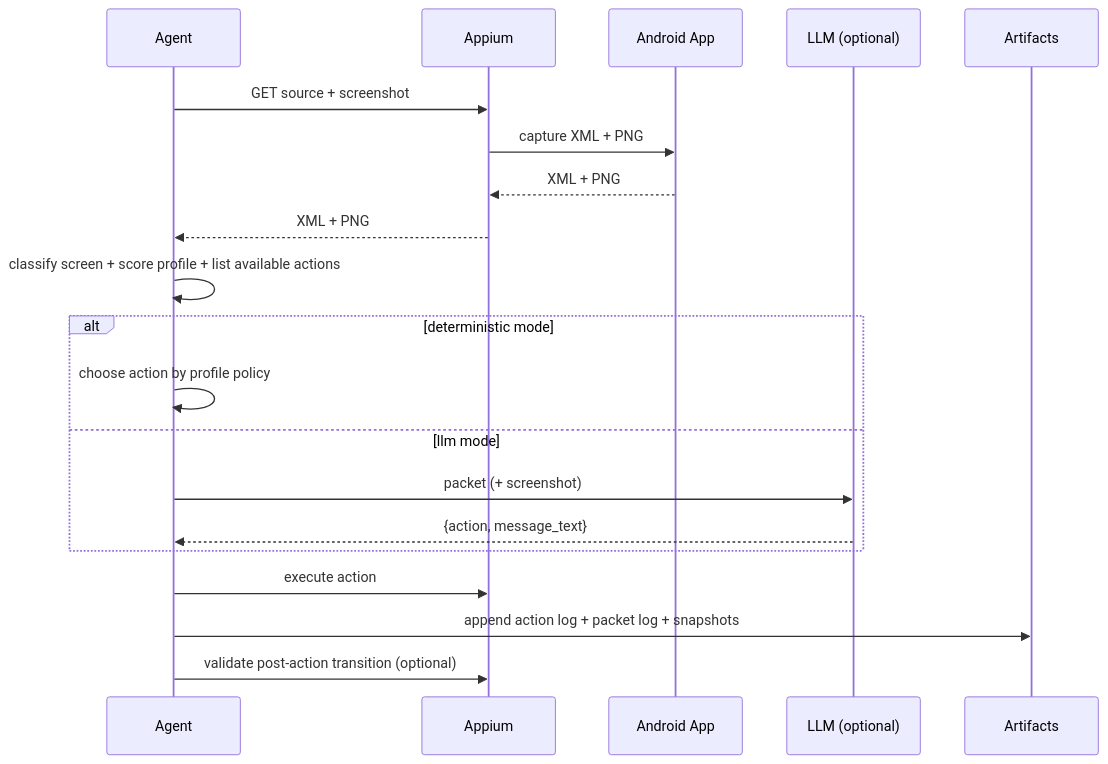
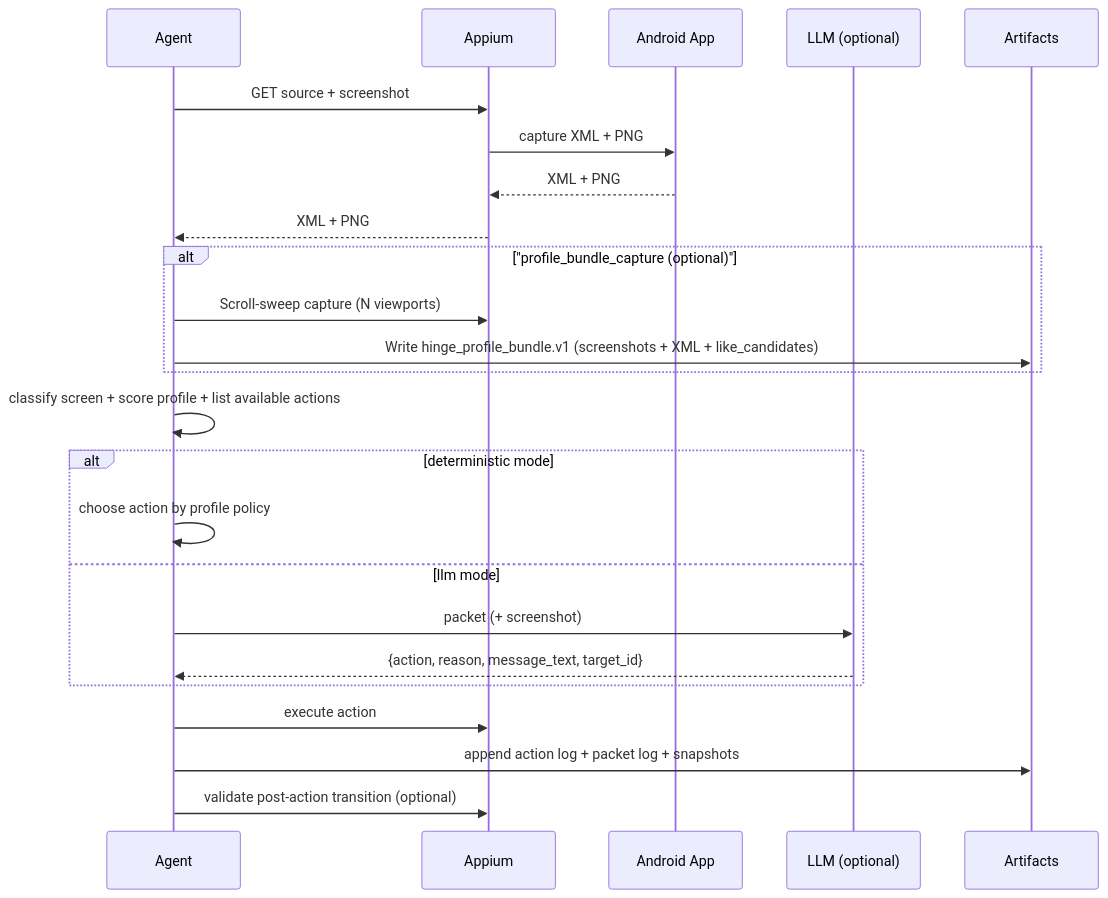
The third of 4 diagrams in README.md (saulrichardson/dating-agent), drawn with Mermaid before and after one commit. The commit also changed other lines of this file and 17 other files, not shown here.

Commit message:
Formalize profile bundle + targeted like selection

````diff
--- a/README.md
+++ b/README.md
@@ -54,23 +54,27 @@
 ```mermaid
 sequenceDiagram
   participant A as Agent
   participant P as Appium
   participant D as Android App
   participant L as LLM (optional)
   participant F as Artifacts
 
   A->>P: GET source + screenshot
   P->>D: capture XML + PNG
   D-->>P: XML + PNG
   P-->>A: XML + PNG
+  alt "profile_bundle_capture (optional)"
+    A->>P: Scroll-sweep capture (N viewports)
+    A->>F: Write hinge_profile_bundle.v1 (screenshots + XML + like_candidates)
+  end
   A->>A: classify screen + score profile + list available actions
   alt deterministic mode
     A->>A: choose action by profile policy
   else llm mode
     A->>L: packet (+ screenshot)
-    L-->>A: {action, message_text}
+    L-->>A: {action, reason, message_text, target_id}
   end
   A->>P: execute action
   A->>F: append action log + packet log + snapshots
   A->>P: validate post-action transition (optional)
 ```
````
